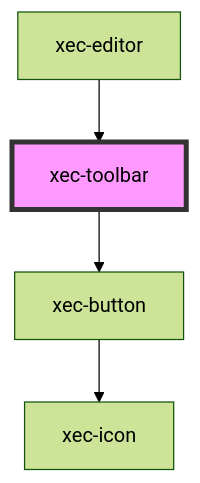
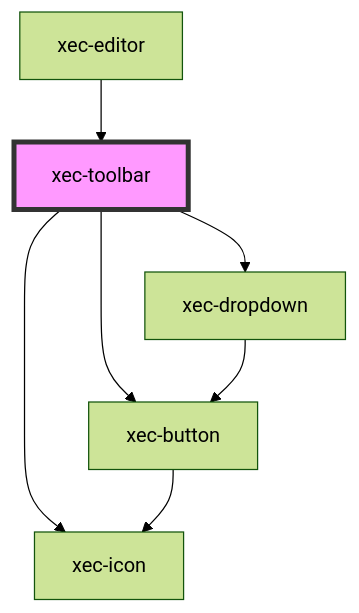
One commit to scribes-app/tei-component-suite changed the diagram in src/components/xec-toolbar/readme.md. Above: the diagram before and after it, drawn with Mermaid (forest theme). The commit also changed other lines of this file and 20 other files, not shown here.

````diff
--- a/src/components/xec-toolbar/readme.md
+++ b/src/components/xec-toolbar/readme.md
@@ -26,7 +52,10 @@
 ```mermaid
 graph TD;
   xec-toolbar --> xec-button
+  xec-toolbar --> xec-dropdown
+  xec-toolbar --> xec-icon
   xec-button --> xec-icon
+  xec-dropdown --> xec-button
   xec-editor --> xec-toolbar
   style xec-toolbar fill:#f9f,stroke:#333,stroke-width:4px
 ```
````
